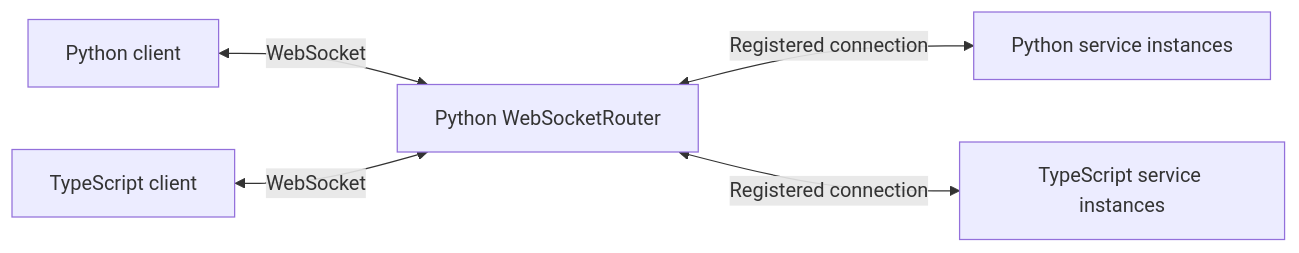
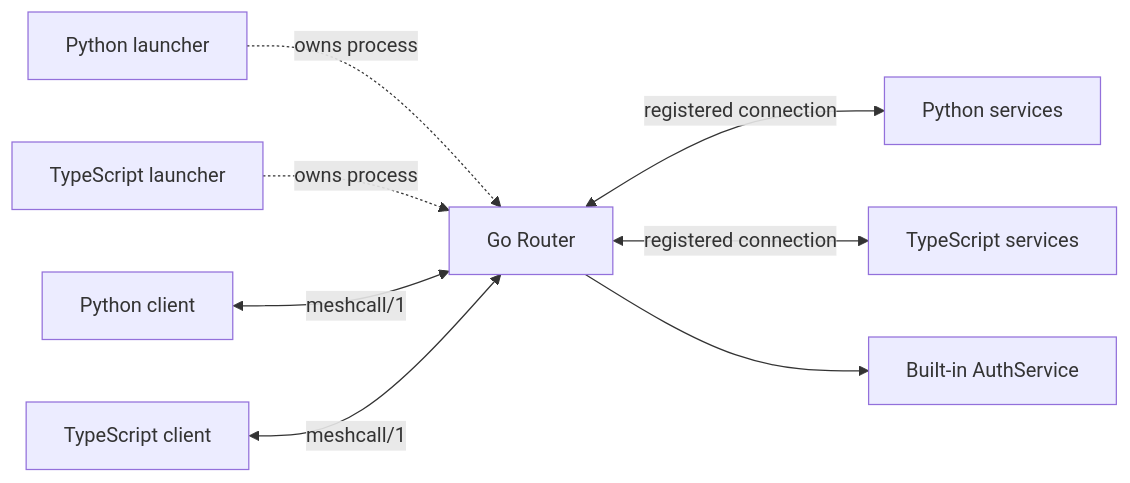
One commit to t4wefan/meshcall changed the diagram in docs/router.md. Above: the diagram before and after it, drawn with Mermaid. The commit also changed other lines of this file and 44 other files, not shown here.

````diff
--- a/docs/router.md
+++ b/docs/router.md
@@ -8,7 +8,10 @@
 ```mermaid
 flowchart LR
-  PC[Python client] <-->|WebSocket| R[Python WebSocketRouter]
-  TC[TypeScript client] <-->|WebSocket| R
-  R <-->|Registered connection| PS[Python service instances]
-  R <-->|Registered connection| TS[TypeScript service instances]
+  PL[Python launcher] -. owns process .-> R[Go Router]
+  TL[TypeScript launcher] -. owns process .-> R
+  PC[Python client] <-->|meshcall/1| R
+  TC[TypeScript client] <-->|meshcall/1| R
+  R <-->|registered connection| PS[Python services]
+  R <-->|registered connection| TS[TypeScript services]
+  R --> A[Built-in AuthService]
 ```
````
